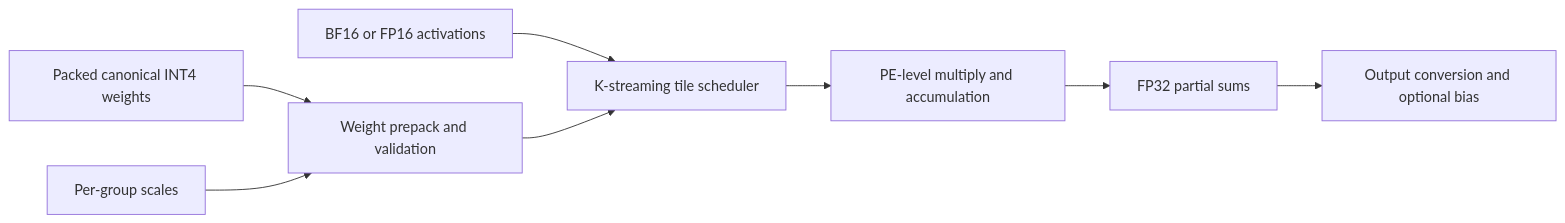
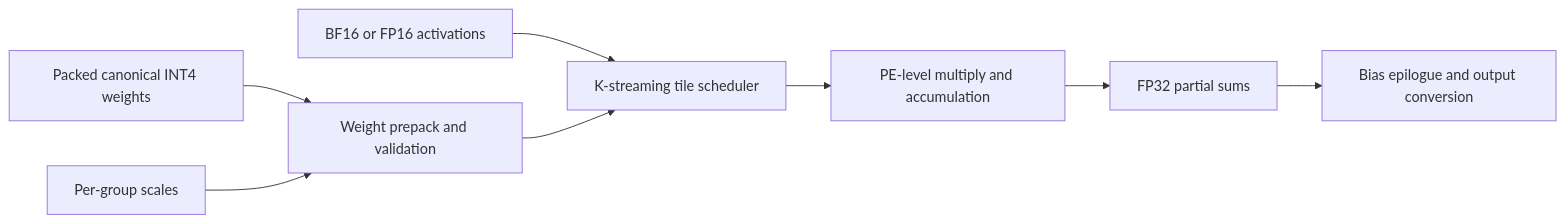
Before and after one commit to ryanyue-16/qwen2-int4-systems: the diagram in docs/architecture/README.md, drawn with Mermaid. The commit also changed other lines of this file and 5 other files, not shown here.

````diff
--- a/docs/architecture/README.md
+++ b/docs/architecture/README.md
@@ -30,10 +32,10 @@
 ```mermaid
 flowchart LR
     A["Packed canonical INT4 weights"] --> B["Weight prepack and validation"]
     S["Per-group scales"] --> B
     X["BF16 or FP16 activations"] --> C["K-streaming tile scheduler"]
     B --> C
     C --> D["PE-level multiply and accumulation"]
     D --> E["FP32 partial sums"]
-    E --> F["Output conversion and optional bias"]
+    E --> F["Bias epilogue and output conversion"]
 ```
````
